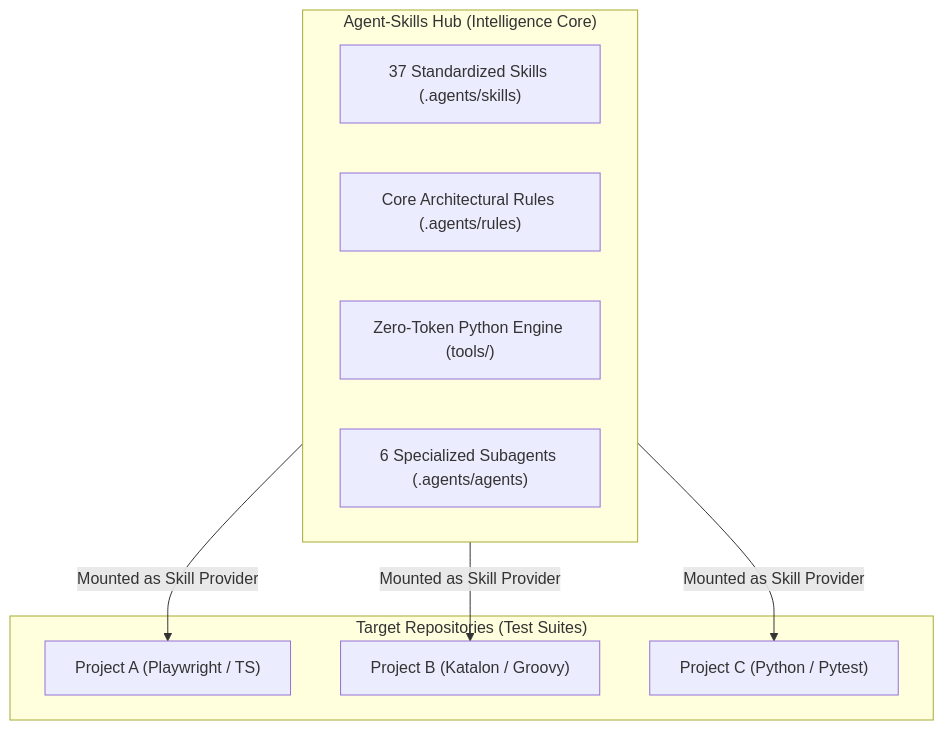
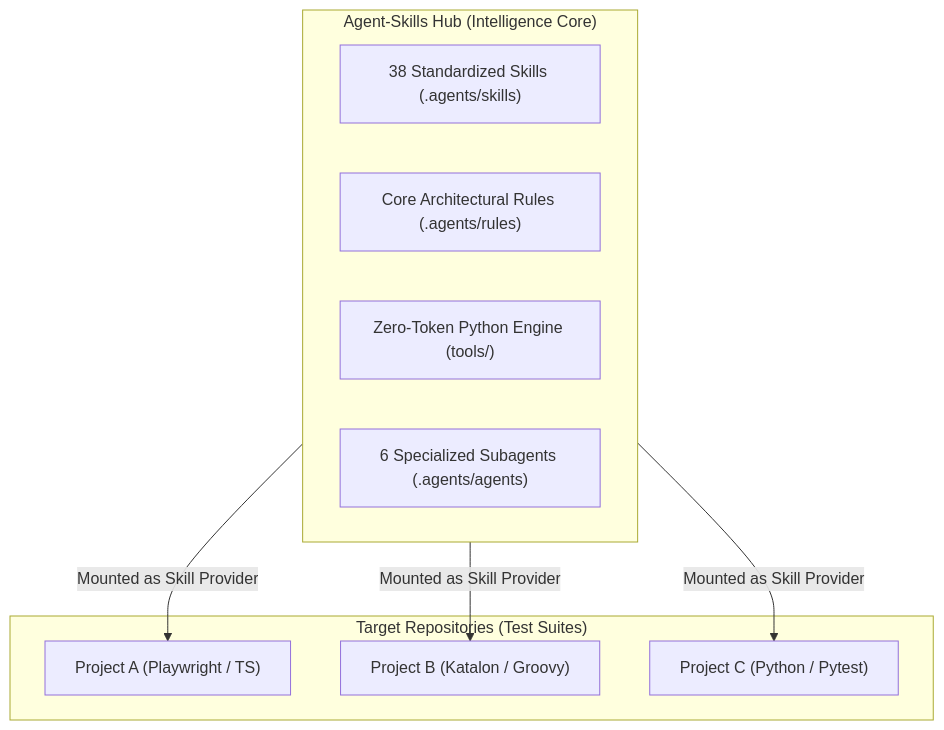
The first of 2 diagrams in docs/ARCHITECTURE.md (TeeVee98/Synapse-Hub), drawn with Mermaid before and after one commit. The commit also changed 33 other files, not shown here.

````diff
--- a/docs/ARCHITECTURE.md
+++ b/docs/ARCHITECTURE.md
@@ -12,19 +12,19 @@
 ```mermaid
 flowchart TD
     subgraph Hub["Agent-Skills Hub (Intelligence Core)"]
-        Catalog["37 Standardized Skills (.agents/skills)"]
+        Catalog["38 Standardized Skills (.agents/skills)"]
         Rules["Core Architectural Rules (.agents/rules)"]
         Tools["Zero-Token Python Engine (tools/)"]
         Swarm["6 Specialized Subagents (.agents/agents)"]
     end
 
     subgraph Spokes["Target Repositories (Test Suites)"]
         Repo1["Project A (Playwright / TS)"]
         Repo2["Project B (Katalon / Groovy)"]
         Repo3["Project C (Python / Pytest)"]
     end
 
     Hub -->|Mounted as Skill Provider| Repo1
     Hub -->|Mounted as Skill Provider| Repo2
     Hub -->|Mounted as Skill Provider| Repo3
 ```
````
